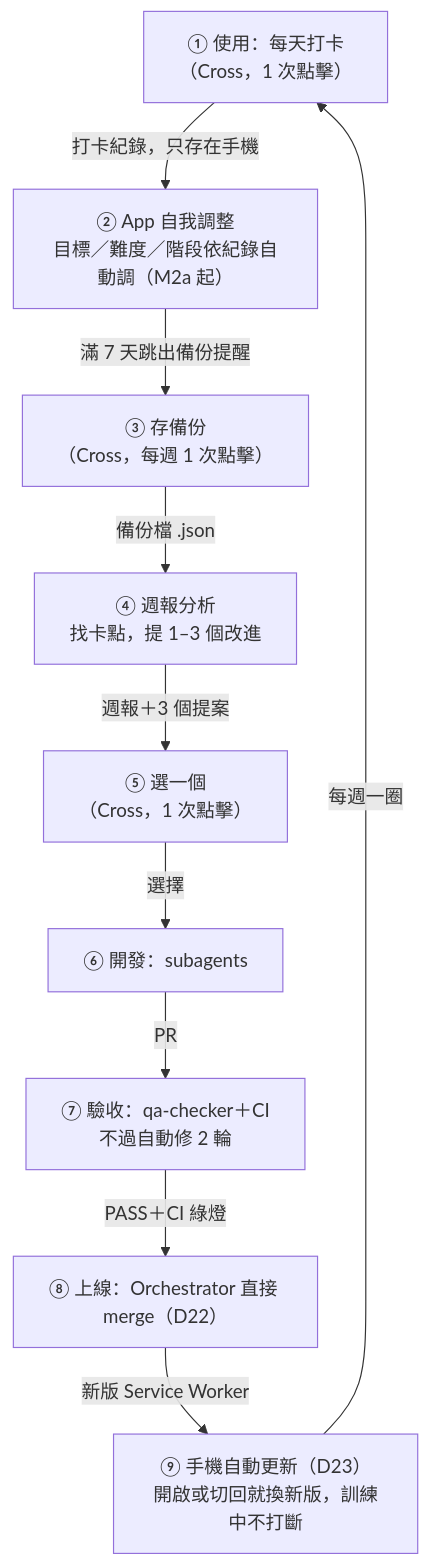
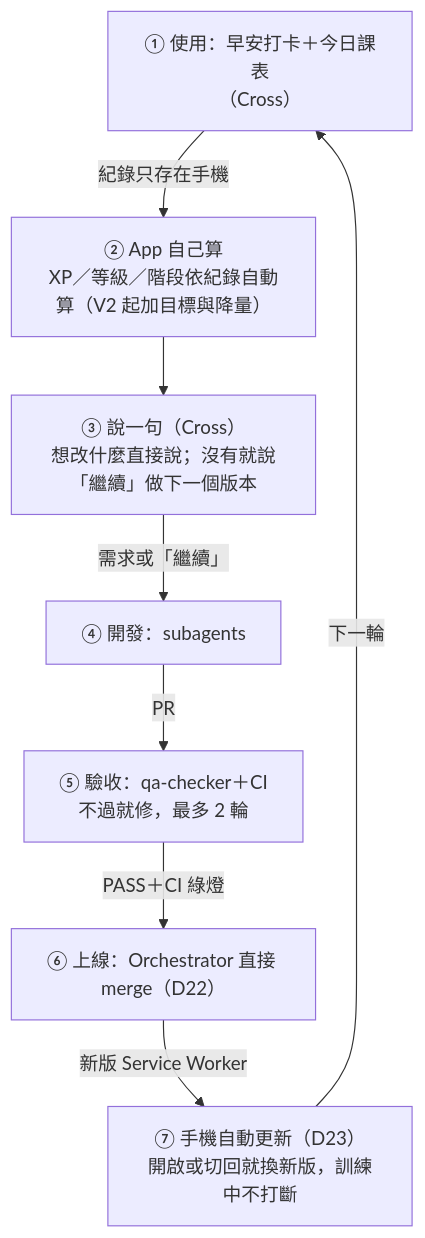
One commit to cc4wang-ui/daily-ten changed the diagram in docs/ITERATION.md. Above: the diagram before and after it, drawn with Mermaid. The commit also changed other lines of this file and 7 other files, not shown here.

First line of the commit message:
D27 orchestrator: SW v10, docs (Cross gave up backups; weekly report paused) [skip ci]

````diff
--- a/docs/ITERATION.md
+++ b/docs/ITERATION.md
@@ -8,12 +8,10 @@
 ```mermaid
 flowchart TD
-  U["① 使用：每天打卡<br/>（Cross，1 次點擊）"] -->|打卡紀錄，只存在手機| A["② App 自我調整<br/>目標／難度／階段依紀錄自動調（M2a 起）"]
-  A -->|滿 7 天跳出備份提醒| B["③ 存備份<br/>（Cross，每週 1 次點擊）"]
-  B -->|備份檔 .json| R["④ 週報分析<br/>找卡點，提 1–3 個改進"]
-  R -->|週報＋3 個提案| C["⑤ 選一個<br/>（Cross，1 次點擊）"]
-  C -->|選擇| D["⑥ 開發：subagents"]
-  D -->|PR| Q["⑦ 驗收：qa-checker＋CI<br/>不過自動修 2 輪"]
-  Q -->|PASS＋CI 綠燈| M["⑧ 上線：Orchestrator 直接 merge（D22）"]
-  M -->|新版 Service Worker| S["⑨ 手機自動更新（D23）<br/>開啟或切回就換新版，訓練中不打斷"]
-  S -->|每週一圈| U
+  U["① 使用：早安打卡＋今日課表<br/>（Cross）"] -->|紀錄只存在手機| A["② App 自己算<br/>XP／等級／階段依紀錄自動算（V2 起加目標與降量）"]
+  A --> C["③ 說一句（Cross）<br/>想改什麼直接說；沒有就說「繼續」做下一個版本"]
+  C -->|需求或「繼續」| D["④ 開發：subagents"]
+  D -->|PR| Q["⑤ 驗收：qa-checker＋CI<br/>不過就修，最多 2 輪"]
+  Q -->|PASS＋CI 綠燈| M["⑥ 上線：Orchestrator 直接 merge（D22）"]
+  M -->|新版 Service Worker| S["⑦ 手機自動更新（D23）<br/>開啟或切回就換新版，訓練中不打斷"]
+  S -->|下一輪| U
 ```
````
